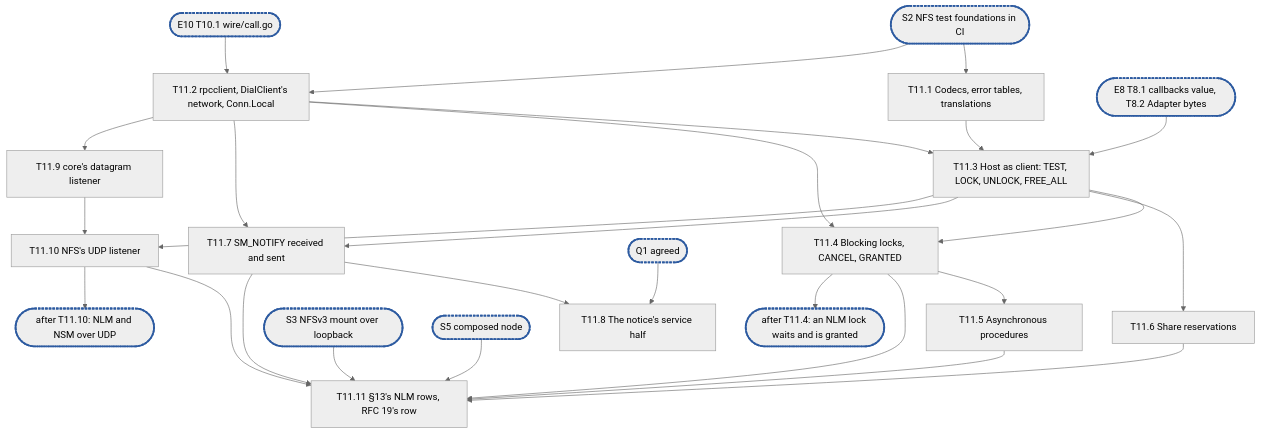
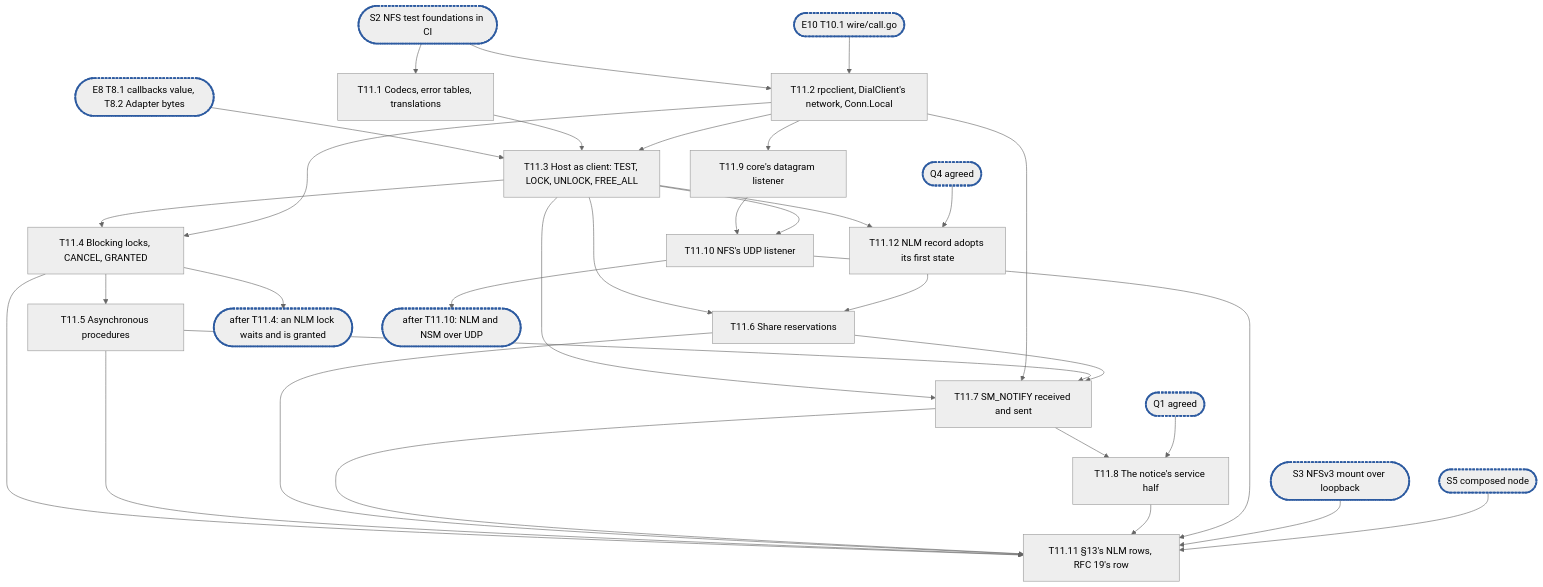
The diagram in .planning/rfc-21-nfs-epic11.md (cubbit/dittofs), drawn with Mermaid (neutral theme) before and after one commit. The commit also changed other lines of this file and 1 other file, not shown here.

Commit message:
docs(planning): answer the second review of RFC 21 epic 11

````diff
--- a/.planning/rfc-21-nfs-epic11.md
+++ b/.planning/rfc-21-nfs-epic11.md
@@ -716,23 +832,25 @@
 ```mermaid
 flowchart TD
   S2(["S2 NFS test foundations in CI"]):::sync --> T11_1["T11.1 Codecs, error tables, translations"]
   S2 --> T11_2["T11.2 rpcclient, DialClient's network, Conn.Local"]
   E8(["E8 T8.1 callbacks value, T8.2 Adapter bytes"]):::sync --> T11_3
   E10(["E10 T10.1 wire/call.go"]):::sync --> T11_2
   T11_1 & T11_2 --> T11_3["T11.3 Host as client: TEST, LOCK, UNLOCK, FREE_ALL"]
   T11_3 --> T11_4["T11.4 Blocking locks, CANCEL, GRANTED"]
   T11_2 --> T11_4
   T11_4 --> T11_5["T11.5 Asynchronous procedures"]
-  T11_3 --> T11_6["T11.6 Share reservations"]
-  T11_3 & T11_2 --> T11_7["T11.7 SM_NOTIFY received and sent"]
+  T11_3 --> T11_12["T11.12 NLM record adopts its first state"]
+  Q4(["Q4 agreed"]):::sync --> T11_12
+  T11_3 & T11_12 --> T11_6["T11.6 Share reservations"]
+  T11_3 & T11_2 & T11_5 & T11_6 --> T11_7["T11.7 SM_NOTIFY received and sent"]
   T11_7 --> T11_8["T11.8 The notice's service half"]
   Q1(["Q1 agreed"]):::sync --> T11_8
   T11_2 --> T11_9["T11.9 core's datagram listener"]
   T11_9 & T11_3 --> T11_10["T11.10 NFS's UDP listener"]
-  T11_4 & T11_5 & T11_6 & T11_7 & T11_10 --> T11_11["T11.11 §13's NLM rows, RFC 19's row"]
+  T11_4 & T11_5 & T11_6 & T11_7 & T11_8 & T11_10 --> T11_11["T11.11 §13's NLM rows, RFC 19's row"]
   S3(["S3 NFSv3 mount over loopback"]):::sync --> T11_11
   S5(["S5 composed node"]):::sync --> T11_11
   T11_4 --> C1(["after T11.4: an NLM lock waits and is granted"]):::sync
   T11_10 --> C2(["after T11.10: NLM and NSM over UDP"]):::sync
   classDef sync stroke:#2c5aa0,stroke-width:3px,stroke-dasharray:4 2
 ```
````
